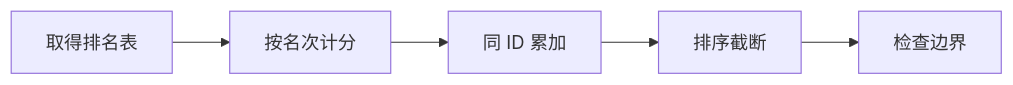
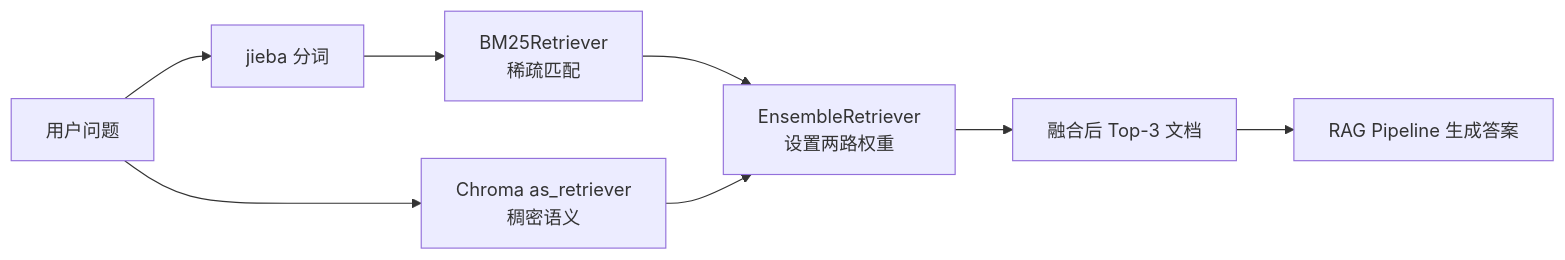
Before and after one commit to luyunix/rag_study: the diagram in notes/09-advanced-retrieval/p064-实战-用检索增强技术提升制度问答模块性能-融合检索.md, drawn with Mermaid. The commit also changed other lines of this file and 306 other files, not shown here.

````diff
--- a/notes/09-advanced-retrieval/p064-实战-用检索增强技术提升制度问答模块性能-融合检索.md
+++ b/notes/09-advanced-retrieval/p064-实战-用检索增强技术提升制度问答模块性能-融合检索.md
@@ -17,12 +18,10 @@
 ```mermaid
 flowchart LR
-    N0["取得排名表"]
-    N1["按名次计分"]
-    N2["同 ID 累加"]
-    N3["排序截断"]
-    N4["检查边界"]
-    N0 --> N1
-    N1 --> N2
-    N2 --> N3
-    N3 --> N4
+    Q["用户问题"] --> J["jieba 分词"]
+    J --> B["BM25Retriever<br/>稀疏匹配"]
+    Q --> D["Chroma as_retriever<br/>稠密语义"]
+    B --> E["EnsembleRetriever<br/>设置两路权重"]
+    D --> E
+    E --> K["融合后 Top-3 文档"]
+    K --> R["RAG Pipeline 生成答案"]
 ```
````
